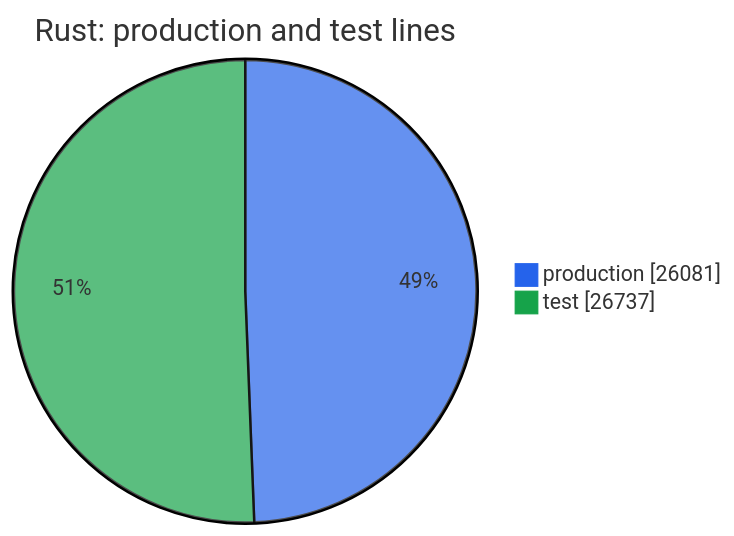
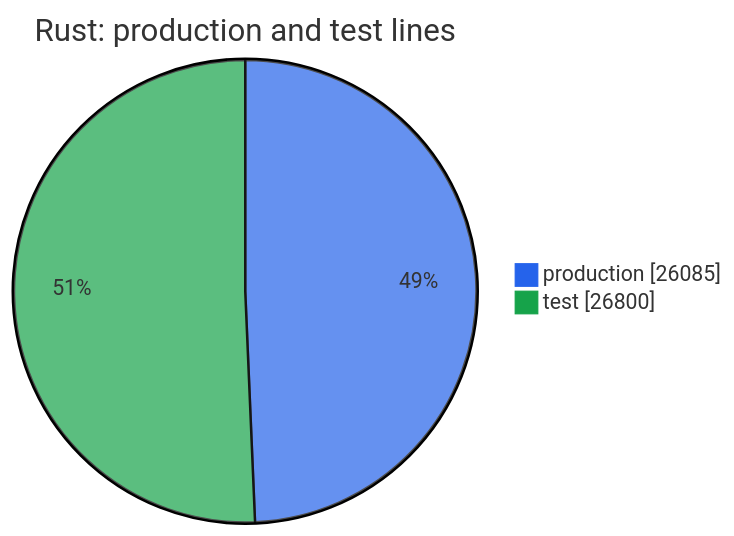
Before and after one commit to thomascherickal/ferrum-gpu: the second of 2 diagrams in metrics.md, drawn with Mermaid. The commit also changed other lines of this file and 14 other files, not shown here.

First line of the commit message:
hooks: the pre-commit hook also regenerates the readme's measured figures and missing documentation diagrams

````diff
--- a/metrics.md
+++ b/metrics.md
@@ -35,6 +35,6 @@
 ```mermaid
 %%{init: {"theme": "base", "themeVariables": {"pie1": "#2563eb", "pie2": "#16a34a", "pie3": "#d97706", "pie4": "#db2777", "pie5": "#7c3aed", "pie6": "#0891b2", "pie7": "#65a30d", "pie8": "#dc2626"}}}%%
 pie showData title Rust: production and test lines
-    "production" : 26081
-    "test" : 26737
+    "production" : 26085
+    "test" : 26800
 ```
````
